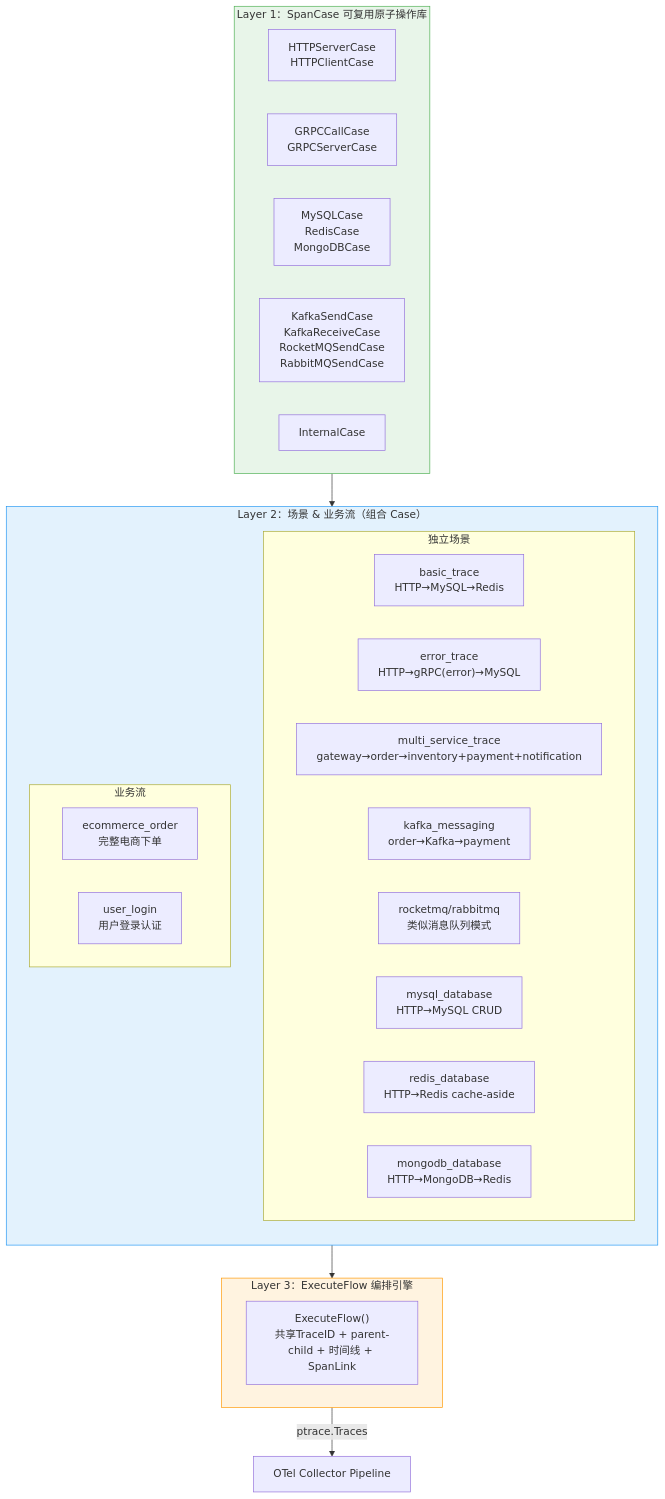
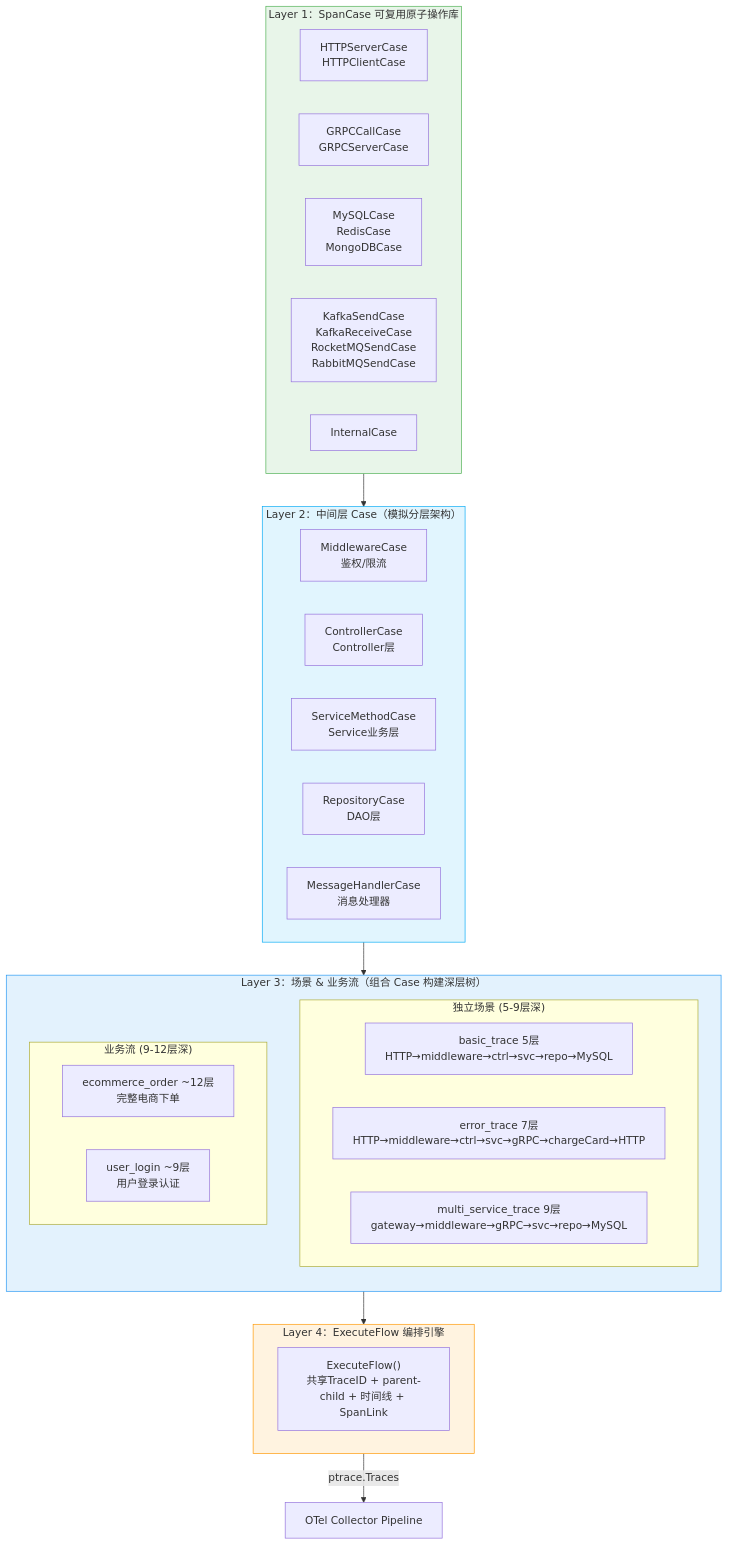
One commit to junjiewwang/custom-opentelemetry-collector changed the first of 5 diagrams in receiver/testdatagenreceiver/PROGRESS.md. Above: the diagram before and after it, drawn with Mermaid. The commit also changed other lines of this file and 12 other files, not shown here.

````diff
--- a/receiver/testdatagenreceiver/PROGRESS.md
+++ b/receiver/testdatagenreceiver/PROGRESS.md
@@ -25,41 +25,47 @@
 ```mermaid
 graph TD
     subgraph CaseLayer["Layer 1：SpanCase 可复用原子操作库"]
         direction LR
         HTTP["HTTPServerCase<br/>HTTPClientCase"]
         GRPC["GRPCCallCase<br/>GRPCServerCase"]
         DB["MySQLCase<br/>RedisCase<br/>MongoDBCase"]
         MQ["KafkaSendCase<br/>KafkaReceiveCase<br/>RocketMQSendCase<br/>RabbitMQSendCase"]
         INT["InternalCase"]
     end
 
-    subgraph ScenarioLayer["Layer 2：场景 & 业务流（组合 Case）"]
+    subgraph MiddleLayer["Layer 2：中间层 Case（模拟分层架构）"]
+        direction LR
+        MW["MiddlewareCase<br/>鉴权/限流"]
+        CTRL["ControllerCase<br/>Controller层"]
+        SVC["ServiceMethodCase<br/>Service业务层"]
+        REPO["RepositoryCase<br/>DAO层"]
+        MH["MessageHandlerCase<br/>消息处理器"]
+    end
+
+    subgraph ScenarioLayer["Layer 3：场景 & 业务流（组合 Case 构建深层树）"]
         direction TB
-        subgraph Scenarios["独立场景"]
-            BT["basic_trace<br/>HTTP→MySQL→Redis"]
-            ET["error_trace<br/>HTTP→gRPC(error)→MySQL"]
-            MST["multi_service_trace<br/>gateway→order→inventory+payment+notification"]
-            KM["kafka_messaging<br/>order→Kafka→payment"]
-            RMQ["rocketmq/rabbitmq<br/>类似消息队列模式"]
-            MYSQL["mysql_database<br/>HTTP→MySQL CRUD"]
-            REDIS["redis_database<br/>HTTP→Redis cache-aside"]
-            MONGO["mongodb_database<br/>HTTP→MongoDB→Redis"]
+        subgraph Scenarios["独立场景 (5-9层深)"]
+            BT["basic_trace 5层<br/>HTTP→middleware→ctrl→svc→repo→MySQL"]
+            ET["error_trace 7层<br/>HTTP→middleware→ctrl→svc→gRPC→chargeCard→HTTP"]
+            MST["multi_service_trace 9层<br/>gateway→middleware→gRPC→svc→repo→MySQL"]
         end
-        subgraph Flows["业务流"]
-            ECO["ecommerce_order<br/>完整电商下单"]
-            UL["user_login<br/>用户登录认证"]
+        subgraph Flows["业务流 (9-12层深)"]
+            ECO["ecommerce_order ~12层<br/>完整电商下单"]
+            UL["user_login ~9层<br/>用户登录认证"]
         end
     end
 
-    subgraph EngineLayer["Layer 3：ExecuteFlow 编排引擎"]
+    subgraph EngineLayer["Layer 4：ExecuteFlow 编排引擎"]
         Engine["ExecuteFlow()<br/>共享TraceID + parent-child + 时间线 + SpanLink"]
     end
 
-    CaseLayer --> ScenarioLayer
+    CaseLayer --> MiddleLayer
+    MiddleLayer --> ScenarioLayer
     ScenarioLayer --> EngineLayer
     EngineLayer --> |"ptrace.Traces"| Pipeline["OTel Collector Pipeline"]
 
     style CaseLayer fill:#e8f5e9,stroke:#4caf50
+    style MiddleLayer fill:#e1f5fe,stroke:#03a9f4
     style ScenarioLayer fill:#e3f2fd,stroke:#2196f3
     style EngineLayer fill:#fff3e0,stroke:#ff9800
 ```
````
